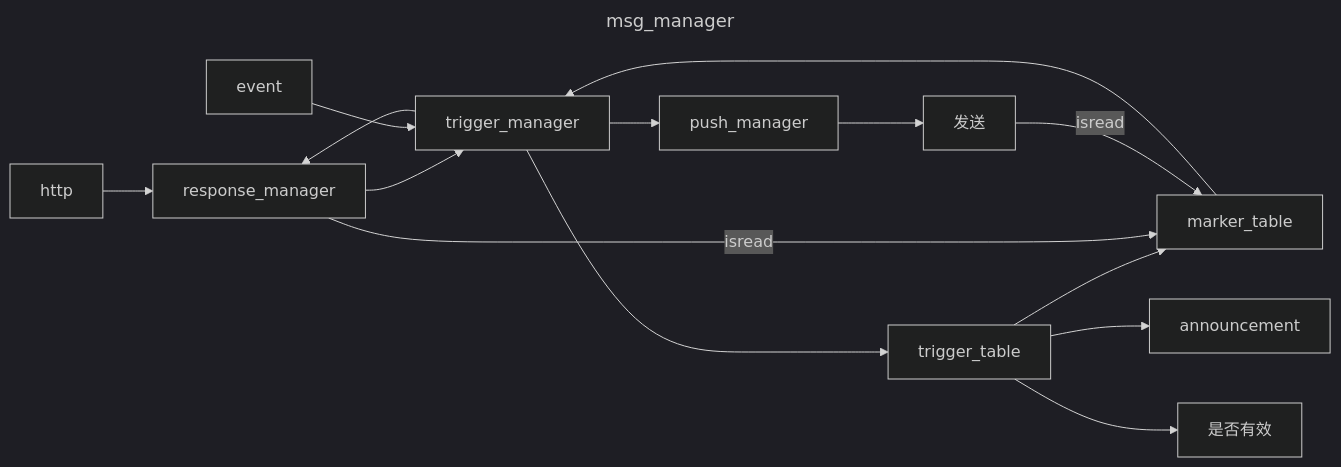
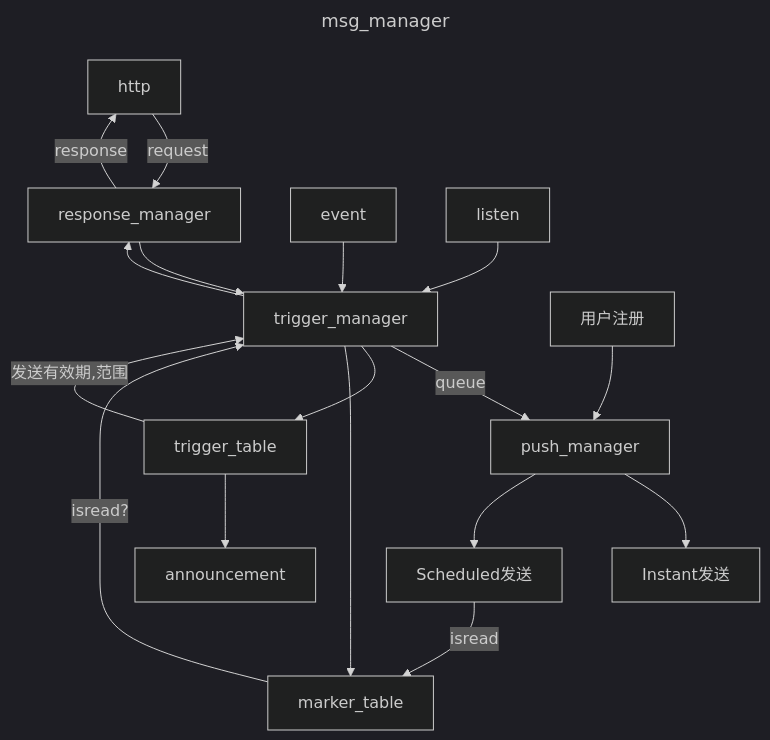
Before and after one commit to redeyehare/framework: the first of 6 diagrams in docment/开发记录.md, drawn with Mermaid (dark theme). The commit also changed other lines of this file, not shown here.

````diff
--- a/docment/开发记录.md
+++ b/docment/开发记录.md
@@ -67,16 +105,22 @@
 ```mermaid
 ---
 title: msg_manager
 ---
-graph LR
+graph TD
+http--request-->response_manager--response-->http
 
-http-->response_manager-->trigger_manager-->response_manager
+response_manager-->trigger_manager-->response_manager
 
-event-->trigger_manager-->push_manager-->发送
+event-->trigger_manager--queue-->push_manager-->Instant发送
+push_manager-->Scheduled发送--isread-->marker_table
+listen-->trigger_manager
+trigger_manager-->trigger_table-->announcement
+trigger_manager-->marker_table
 
-trigger_manager-->trigger_table-->marker_table-->trigger_manager
-trigger_table-->announcement
-trigger_table-->是否有效
-response_manager--isread-->marker_table
-发送--isread-->marker_table
+marker_table--isread?-->trigger_manager
+
+
+trigger_table--发送有效期,范围-->trigger_manager
+
+用户注册-->push_manager
 ```
````
